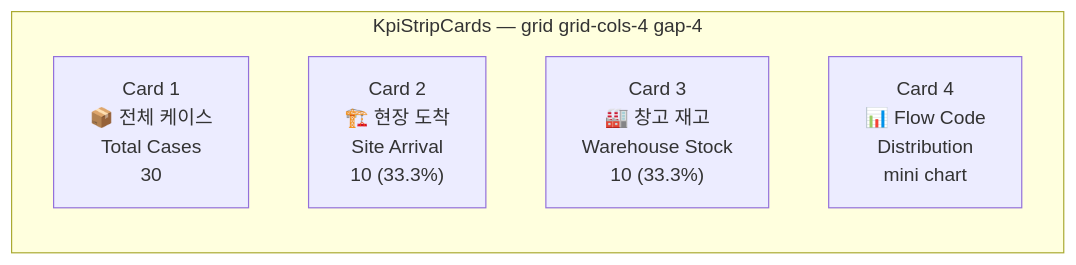
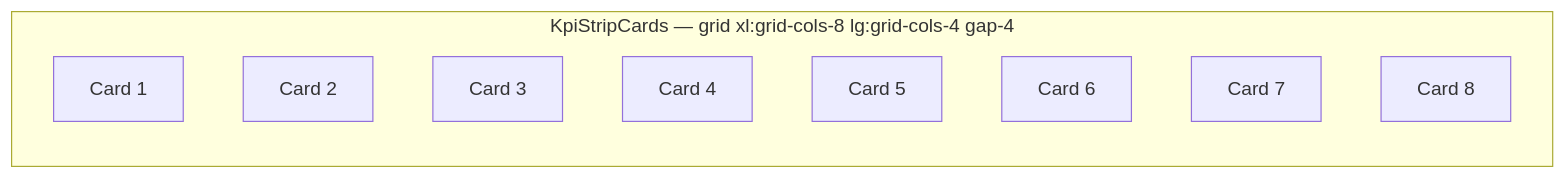
Before and after one commit to macho715/logi_hvdc_dash: the fifth of 33 diagrams in apps/logistics-dashboard/docs/COMPONENTS.md, drawn with Mermaid. The commit also changed other lines of this file and 4 other files, not shown here.

````diff
--- a/apps/logistics-dashboard/docs/COMPONENTS.md
+++ b/apps/logistics-dashboard/docs/COMPONENTS.md
@@ -262,9 +310,13 @@
 ```mermaid
 graph LR
-    subgraph Strip["KpiStripCards — grid grid-cols-4 gap-4"]
-        Card1["Card 1<br/>📦 전체 케이스<br/>Total Cases<br/>30"]
-        Card2["Card 2<br/>🏗️ 현장 도착<br/>Site Arrival<br/>10 (33.3%)"]
-        Card3["Card 3<br/>🏭 창고 재고<br/>Warehouse Stock<br/>10 (33.3%)"]
-        Card4["Card 4<br/>📊 Flow Code<br/>Distribution<br/>mini chart"]
+    subgraph Strip["KpiStripCards — grid xl:grid-cols-8 lg:grid-cols-4 gap-4"]
+        Card1["Card 1"]
+        Card2["Card 2"]
+        Card3["Card 3"]
+        Card4["Card 4"]
+        Card5["Card 5"]
+        Card6["Card 6"]
+        Card7["Card 7"]
+        Card8["Card 8"]
     end
 ```
````
